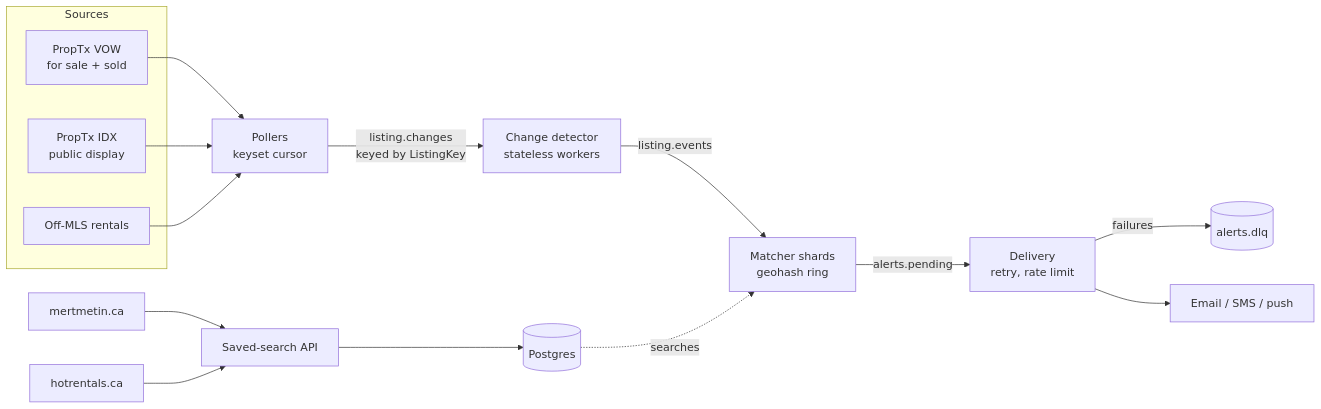
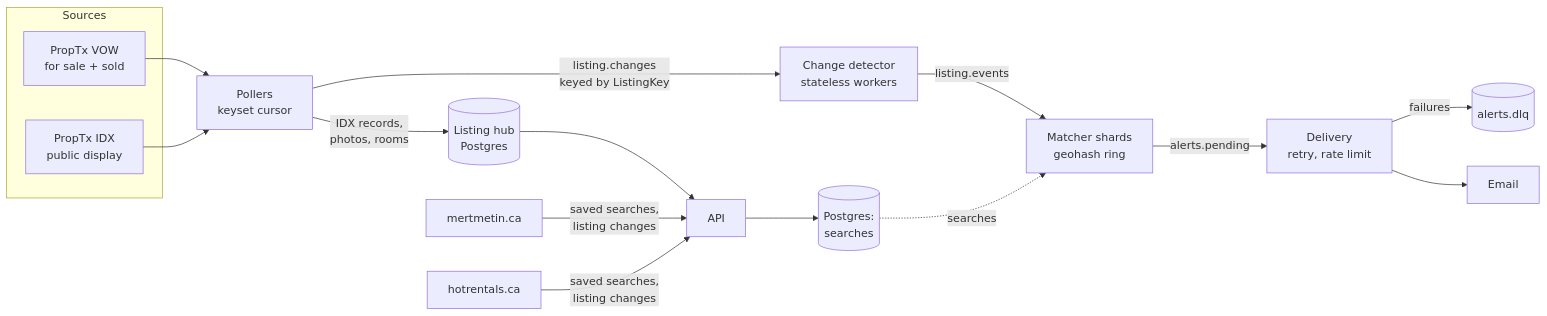
The diagram in README.md (mertmetin/listing-alerts), drawn with Mermaid before and after one commit. The commit also changed other lines of this file, not shown here.

Commit message:
README: the listing hub, its API, saved-search sync and production setup

````diff
--- a/README.md
+++ b/README.md
@@ -38,17 +49,18 @@
 ```mermaid
 flowchart LR
     subgraph Sources
         V[PropTx VOW<br/>for sale + sold]
         I[PropTx IDX<br/>public display]
-        O[Off-MLS rentals]
     end
-    V & I & O --> P[Pollers<br/>keyset cursor]
+    V & I --> P[Pollers<br/>keyset cursor]
     P -- listing.changes<br/>keyed by ListingKey --> D[Change detector<br/>stateless workers]
     D -- listing.events --> M[Matcher shards<br/>geohash ring]
     M -- alerts.pending --> A[Delivery<br/>retry, rate limit]
     A -- failures --> DLQ[(alerts.dlq)]
-    A --> E[Email / SMS / push]
-    API[Saved-search API] --> PG[(Postgres)]
+    A --> E[Email]
+    P -- IDX records,<br/>photos, rooms --> H[(Listing hub<br/>Postgres)]
+    API[API] --> PG[(Postgres:<br/>searches)]
     PG -. searches .-> M
-    S1[mertmetin.ca] & S2[hotrentals.ca] --> API
+    H --> API
+    S1[mertmetin.ca] & S2[hotrentals.ca] -- saved searches,<br/>listing changes --> API
 ```
````
